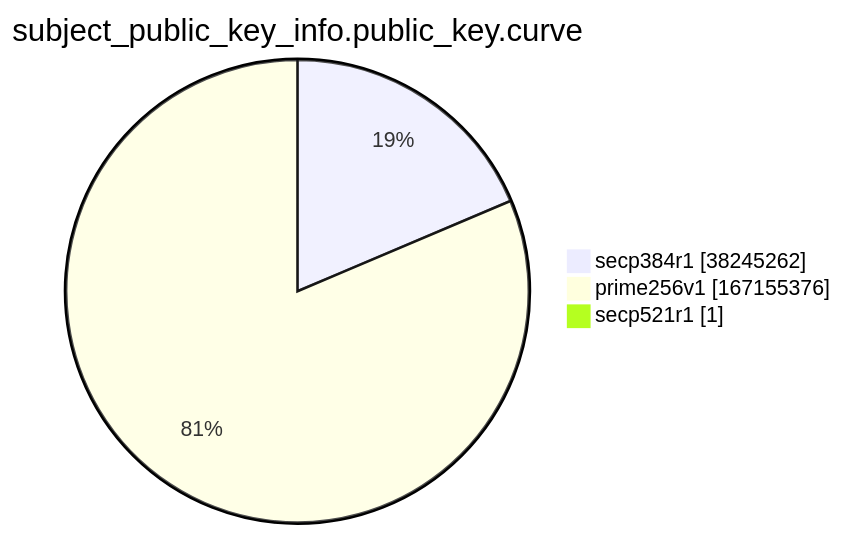
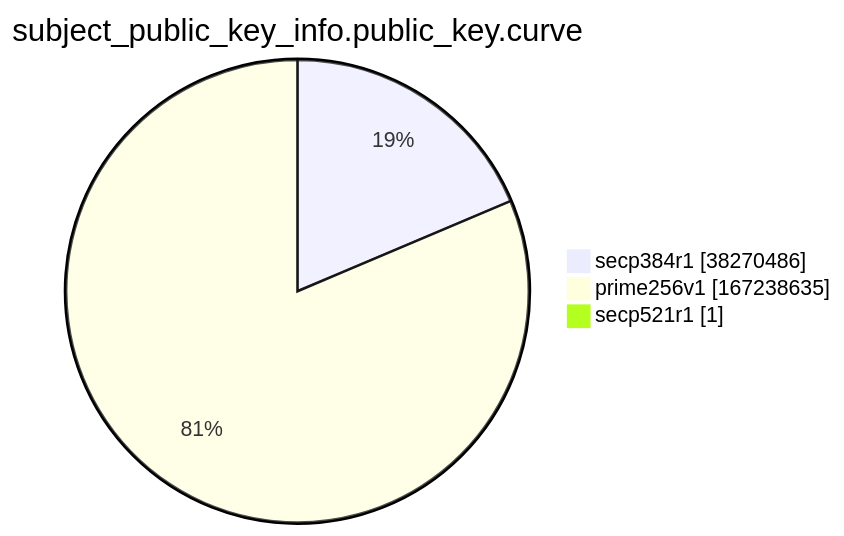
Before and after one commit to christiankrug/ctmonitor_visualization: the ninth of 15 diagrams in argon2022/README.md, drawn with Mermaid. The commit also changed other lines of this file, not shown here.

````diff
--- a/argon2022/README.md
+++ b/argon2022/README.md
@@ -2766,7 +2766,7 @@
 ```mermaid
 pie showData
 title subject_public_key_info.public_key.curve
-"secp384r1" :38245262
-"prime256v1" :167155376
+"secp384r1" :38270486
+"prime256v1" :167238635
 "secp521r1" :1
 ```
````
